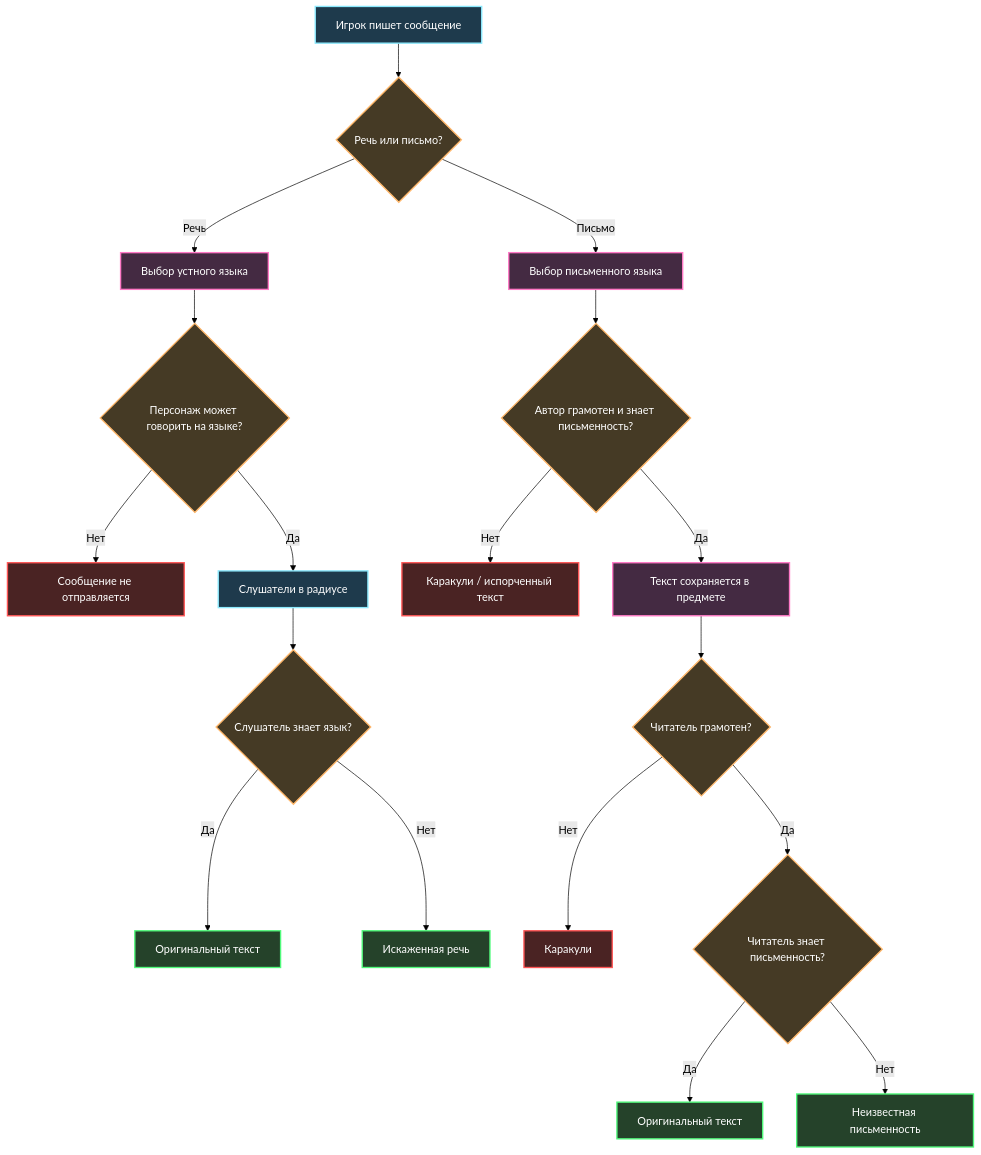
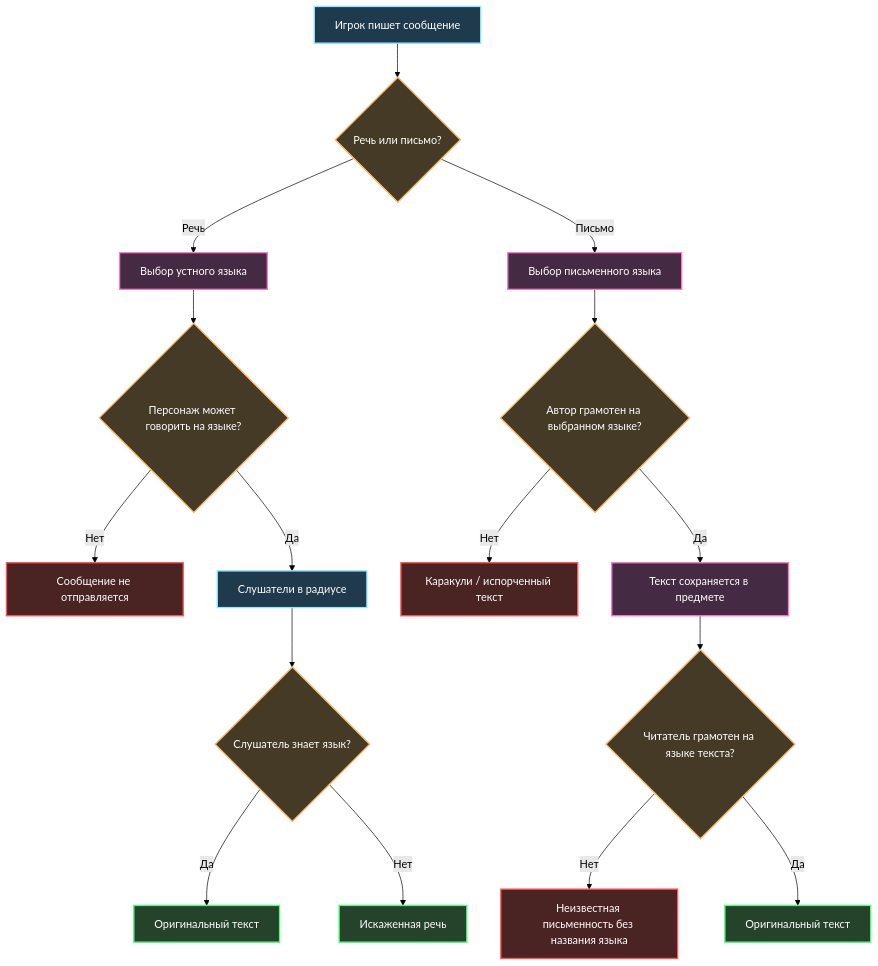
The diagram in src/social/languages.md (Shelkarian/Shelkarian.github.io), drawn with Mermaid (forest theme) before and after one commit. The commit also changed other lines of this file and 29 other files, not shown here.

````diff
--- a/src/social/languages.md
+++ b/src/social/languages.md
@@ -138,28 +136,26 @@
 ```mermaid
 graph TD
     classDef actor fill:#1e3a4c,stroke:#8be9fd,stroke-width:2px,color:#fff;
     classDef check fill:#453a25,stroke:#ffb86c,stroke-width:2px,color:#fff;
     classDef result fill:#25422a,stroke:#50fa7b,stroke-width:2px,color:#fff;
     classDef fail fill:#4a2323,stroke:#ff5555,stroke-width:2px,color:#fff;
     classDef item fill:#442a42,stroke:#ff79c6,stroke-width:2px,color:#fff;
 
     Start["Игрок пишет сообщение"]:::actor --> Mode{"Речь или письмо?"}:::check
 
     Mode -- "Речь" --> SelectSpeech["Выбор устного языка"]:::item
     SelectSpeech --> CanSpeak{"Персонаж может говорить на языке?"}:::check
     CanSpeak -- "Нет" --> SpeechFail["Сообщение не отправляется"]:::fail
     CanSpeak -- "Да" --> Hearers["Слушатели в радиусе"]:::actor
     Hearers --> KnowSpeech{"Слушатель знает язык?"}:::check
     KnowSpeech -- "Да" --> ClearSpeech["Оригинальный текст"]:::result
     KnowSpeech -- "Нет" --> BadSpeech["Искаженная речь"]:::result
 
     Mode -- "Письмо" --> SelectWriting["Выбор письменного языка"]:::item
-    SelectWriting --> AuthorLit{"Автор грамотен и знает письменность?"}:::check
+    SelectWriting --> AuthorLit{"Автор грамотен на выбранном языке?"}:::check
     AuthorLit -- "Нет" --> BadWriting["Каракули / испорченный текст"]:::fail
     AuthorLit -- "Да" --> Book["Текст сохраняется в предмете"]:::item
-    Book --> ReaderLit{"Читатель грамотен?"}:::check
-    ReaderLit -- "Нет" --> Scribbles["Каракули"]:::fail
-    ReaderLit -- "Да" --> KnowWriting{"Читатель знает письменность?"}:::check
-    KnowWriting -- "Да" --> ClearBook["Оригинальный текст"]:::result
-    KnowWriting -- "Нет" --> BadBook["Неизвестная письменность"]:::result
+    Book --> ReaderLit{"Читатель грамотен на языке текста?"}:::check
+    ReaderLit -- "Нет" --> Scribbles["Неизвестная письменность без названия языка"]:::fail
+    ReaderLit -- "Да" --> ClearBook["Оригинальный текст"]:::result
 ```
````
